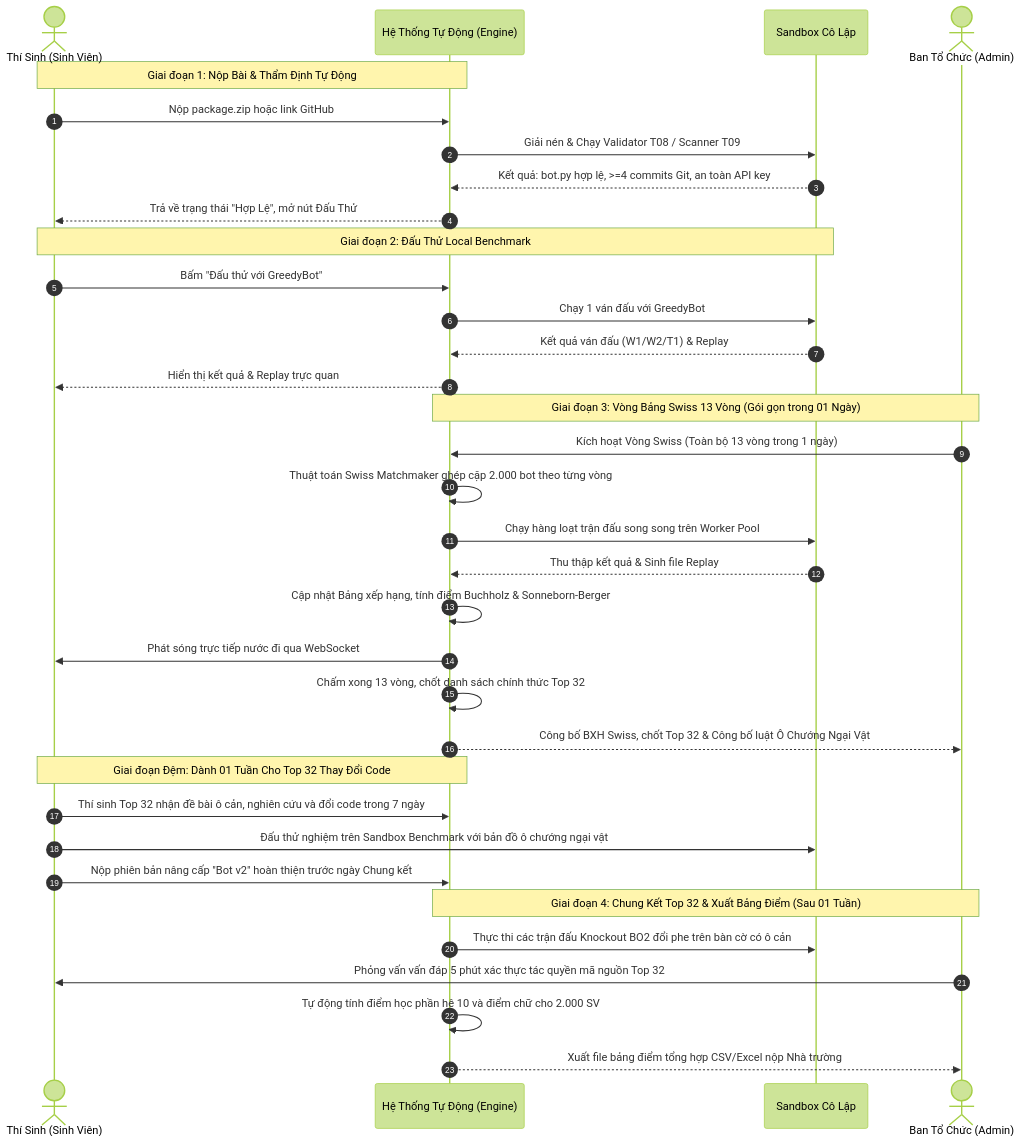
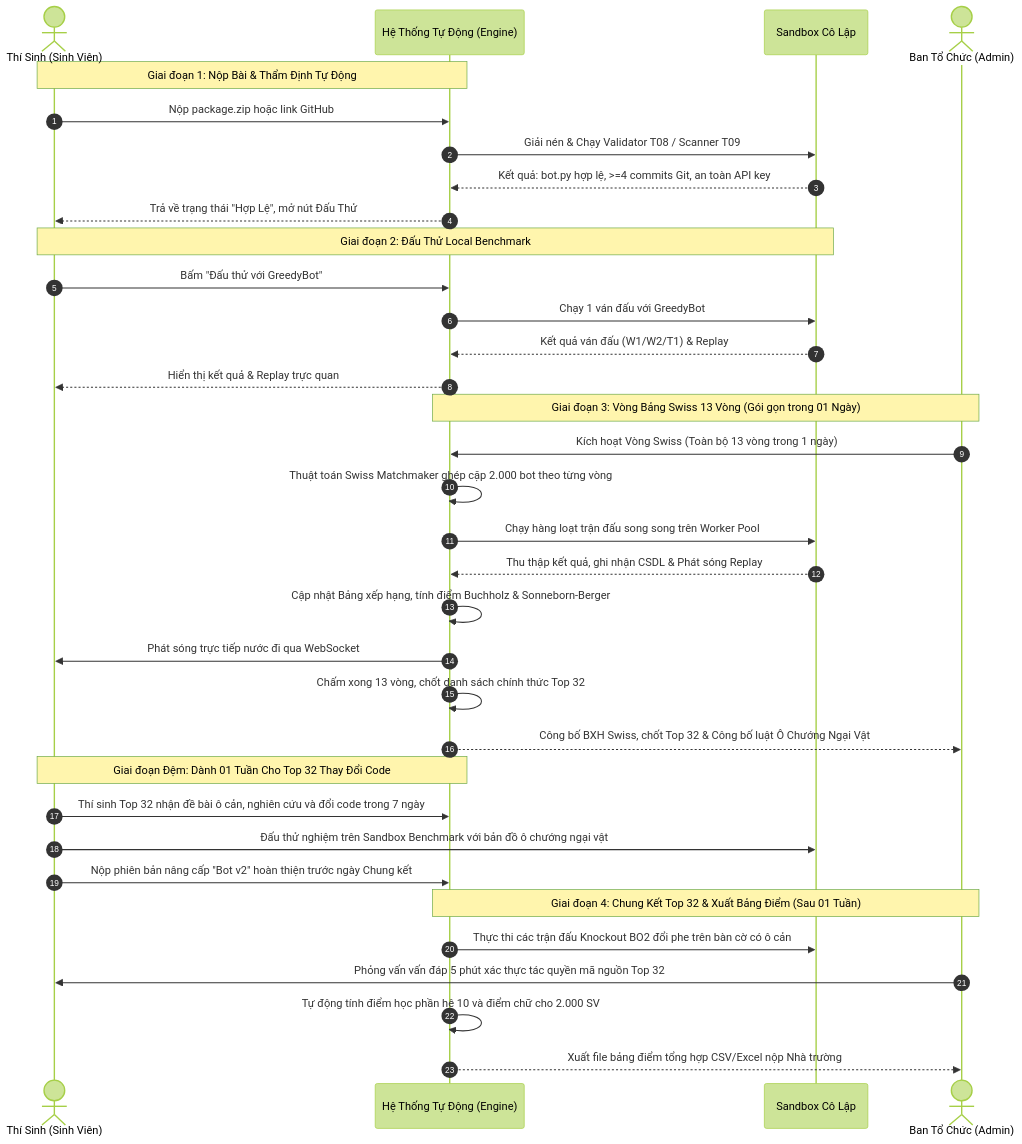
One commit to thnh23/HeThongOTTv2 changed the diagram in BAO_CAO_TONG_HOP_GIAI_DAU_VA_HE_THONG_OTTV2.md. Above: the diagram before and after it, drawn with Mermaid (forest theme). The commit also changed other lines of this file, not shown here.

Commit message:
docs: harmonize tournament report to full-stack realtime cloud architecture

````diff
--- a/BAO_CAO_TONG_HOP_GIAI_DAU_VA_HE_THONG_OTTV2.md
+++ b/BAO_CAO_TONG_HOP_GIAI_DAU_VA_HE_THONG_OTTV2.md
@@ -323,41 +329,41 @@
 ```mermaid
 sequenceDiagram
     autonumber
     actor ST as Thí Sinh (Sinh Viên)
     participant SYS as Hệ Thống Tự Động (Engine)
     participant SB as Sandbox Cô Lập
     actor AD as Ban Tổ Chức (Admin)
 
     Note over ST, SYS: Giai đoạn 1: Nộp Bài & Thẩm Định Tự Động
     ST->>SYS: Nộp package.zip hoặc link GitHub
     SYS->>SB: Giải nén & Chạy Validator T08 / Scanner T09
     SB-->>SYS: Kết quả: bot.py hợp lệ, >=4 commits Git, an toàn API key
     SYS-->>ST: Trả về trạng thái "Hợp Lệ", mở nút Đấu Thử
 
     Note over ST, SB: Giai đoạn 2: Đấu Thử Local Benchmark
     ST->>SYS: Bấm "Đấu thử với GreedyBot"
     SYS->>SB: Chạy 1 ván đấu với GreedyBot
     SB-->>SYS: Kết quả ván đấu (W1/W2/T1) & Replay
     SYS-->>ST: Hiển thị kết quả & Replay trực quan
 
     Note over AD, SYS: Giai đoạn 3: Vòng Bảng Swiss 13 Vòng (Gói gọn trong 01 Ngày)
     AD->>SYS: Kích hoạt Vòng Swiss (Toàn bộ 13 vòng trong 1 ngày)
     SYS->>SYS: Thuật toán Swiss Matchmaker ghép cặp 2.000 bot theo từng vòng
     SYS->>SB: Chạy hàng loạt trận đấu song song trên Worker Pool
-    SB-->>SYS: Thu thập kết quả & Sinh file Replay
+    SB-->>SYS: Thu thập kết quả, ghi nhận CSDL & Phát sóng Replay
     SYS->>SYS: Cập nhật Bảng xếp hạng, tính điểm Buchholz & Sonneborn-Berger
     SYS->>ST: Phát sóng trực tiếp nước đi qua WebSocket
     SYS->>SYS: Chấm xong 13 vòng, chốt danh sách chính thức Top 32
     SYS-->>AD: Công bố BXH Swiss, chốt Top 32 & Công bố luật Ô Chướng Ngại Vật
 
     Note over ST, SYS: Giai đoạn Đệm: Dành 01 Tuần Cho Top 32 Thay Đổi Code
     ST->>SYS: Thí sinh Top 32 nhận đề bài ô cản, nghiên cứu và đổi code trong 7 ngày
     ST->>SB: Đấu thử nghiệm trên Sandbox Benchmark với bản đồ ô chướng ngại vật
     ST->>SYS: Nộp phiên bản nâng cấp "Bot v2" hoàn thiện trước ngày Chung kết
 
     Note over AD, SYS: Giai đoạn 4: Chung Kết Top 32 & Xuất Bảng Điểm (Sau 01 Tuần)
     SYS->>SB: Thực thi các trận đấu Knockout BO2 đổi phe trên bàn cờ có ô cản
     AD->>ST: Phỏng vấn vấn đáp 5 phút xác thực tác quyền mã nguồn Top 32
     SYS->>SYS: Tự động tính điểm học phần hệ 10 và điểm chữ cho 2.000 SV
     SYS-->>AD: Xuất file bảng điểm tổng hợp CSV/Excel nộp Nhà trường
 ```
````
